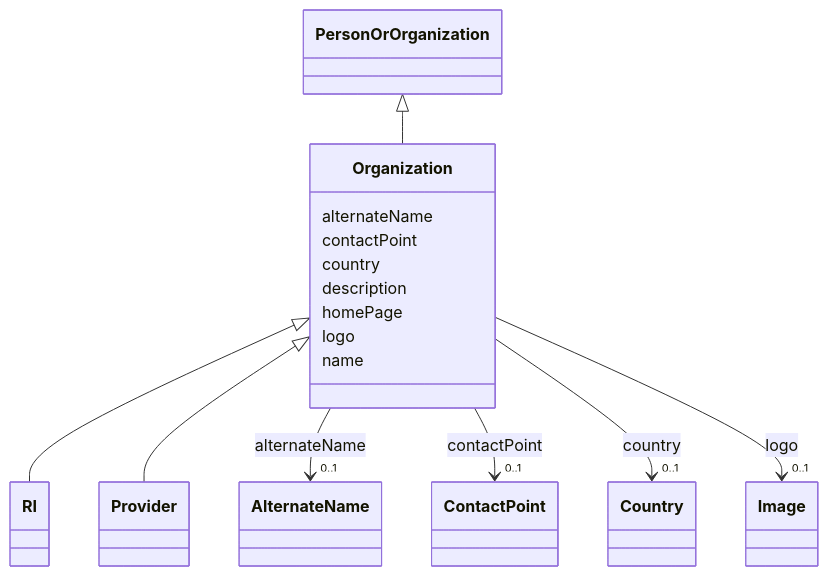
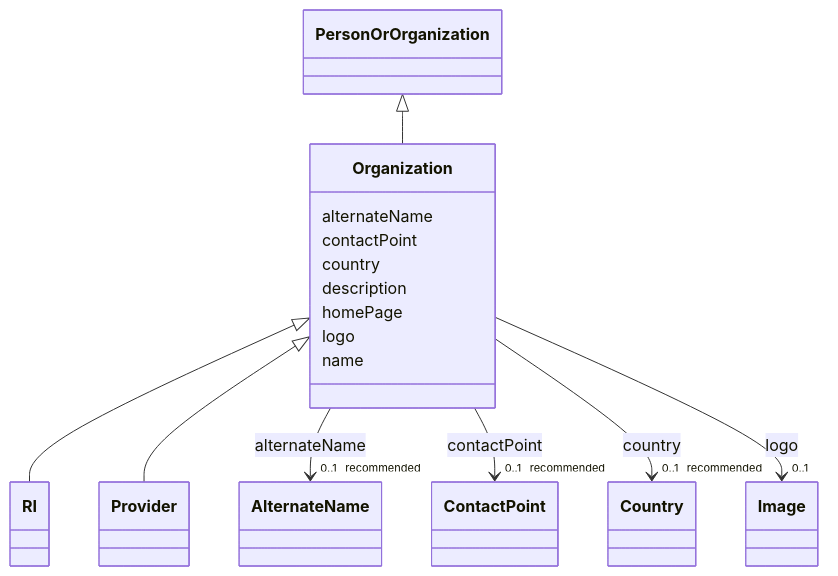
The diagram in models/docs/Organization.md (EVORA-project/evora-ontology), drawn with Mermaid before and after one commit. The commit also changed other lines of this file and 1187 other files, not shown here.

````diff
--- a/models/docs/Organization.md
+++ b/models/docs/Organization.md
@@ -19,58 +19,58 @@
 ```mermaid
  classDiagram
     class Organization
     click Organization href "../Organization"
       PersonOrOrganization <|-- Organization
         click PersonOrOrganization href "../PersonOrOrganization"
       
 
       Organization <|-- RI
         click RI href "../RI"
       Organization <|-- Provider
         click Provider href "../Provider"
       
       
       Organization : alternateName
         
           
     
     
-    Organization --> "0..1" AlternateName : alternateName
+    Organization --> "0..1 _recommended_" AlternateName : alternateName
     click AlternateName href "../AlternateName"
 
         
       Organization : contactPoint
         
           
     
     
-    Organization --> "0..1" ContactPoint : contactPoint
+    Organization --> "0..1 _recommended_" ContactPoint : contactPoint
     click ContactPoint href "../ContactPoint"
 
         
       Organization : country
         
           
     
     
-    Organization --> "0..1" Country : country
+    Organization --> "0..1 _recommended_" Country : country
     click Country href "../Country"
 
         
       Organization : description
         
       Organization : homePage
         
       Organization : logo
         
           
     
     
     Organization --> "0..1" Image : logo
     click Image href "../Image"
 
         
       Organization : name
         
       
 ```
````
